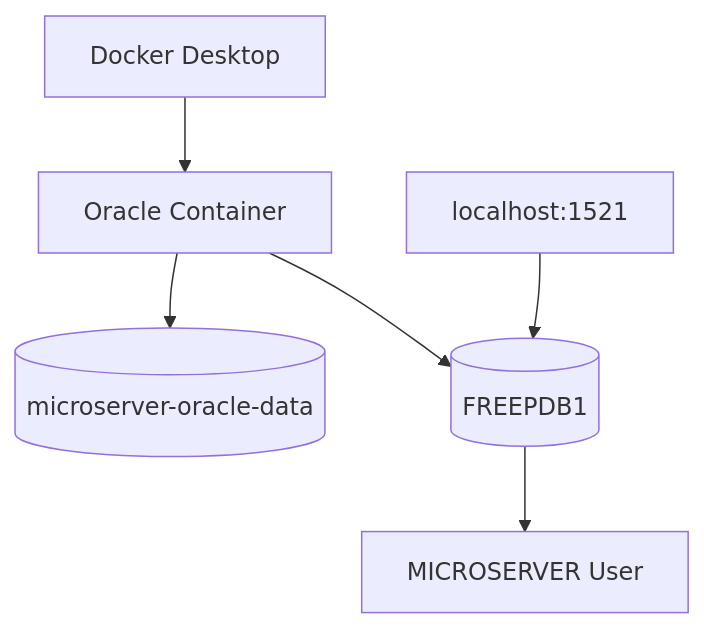
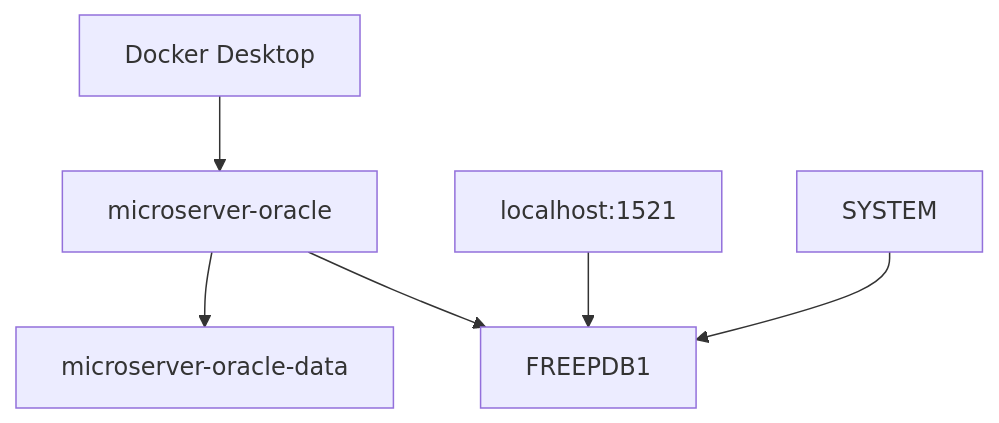
One commit to Team-Microserver/microserver-docs changed the fourth of 4 diagrams in docs/01_project_start/02_environment/database/oracle_database_free_setup.md. Above: the diagram before and after it, drawn with Mermaid. The commit also changed other lines of this file and 6 other files, not shown here.

````diff
--- a/docs/01_project_start/02_environment/database/oracle_database_free_setup.md
+++ b/docs/01_project_start/02_environment/database/oracle_database_free_setup.md
@@ -1130,9 +812,9 @@
 ```mermaid
 flowchart TB
-    DD[Docker Desktop]
-    DD --> C[Oracle Container]
-    C --> V[(microserver-oracle-data)]
-    C --> PDB[(FREEPDB1)]
-    PDB --> USER[MICROSERVER User]
-    HOST[localhost:1521] --> PDB
+    DD["Docker Desktop"]
+    --> C["microserver-oracle"]
+    C --> V["microserver-oracle-data"]
+    C --> PDB["FREEPDB1"]
+    HOST["localhost:1521"] --> PDB
+    SYSTEM["SYSTEM"] --> PDB
 ```
````
